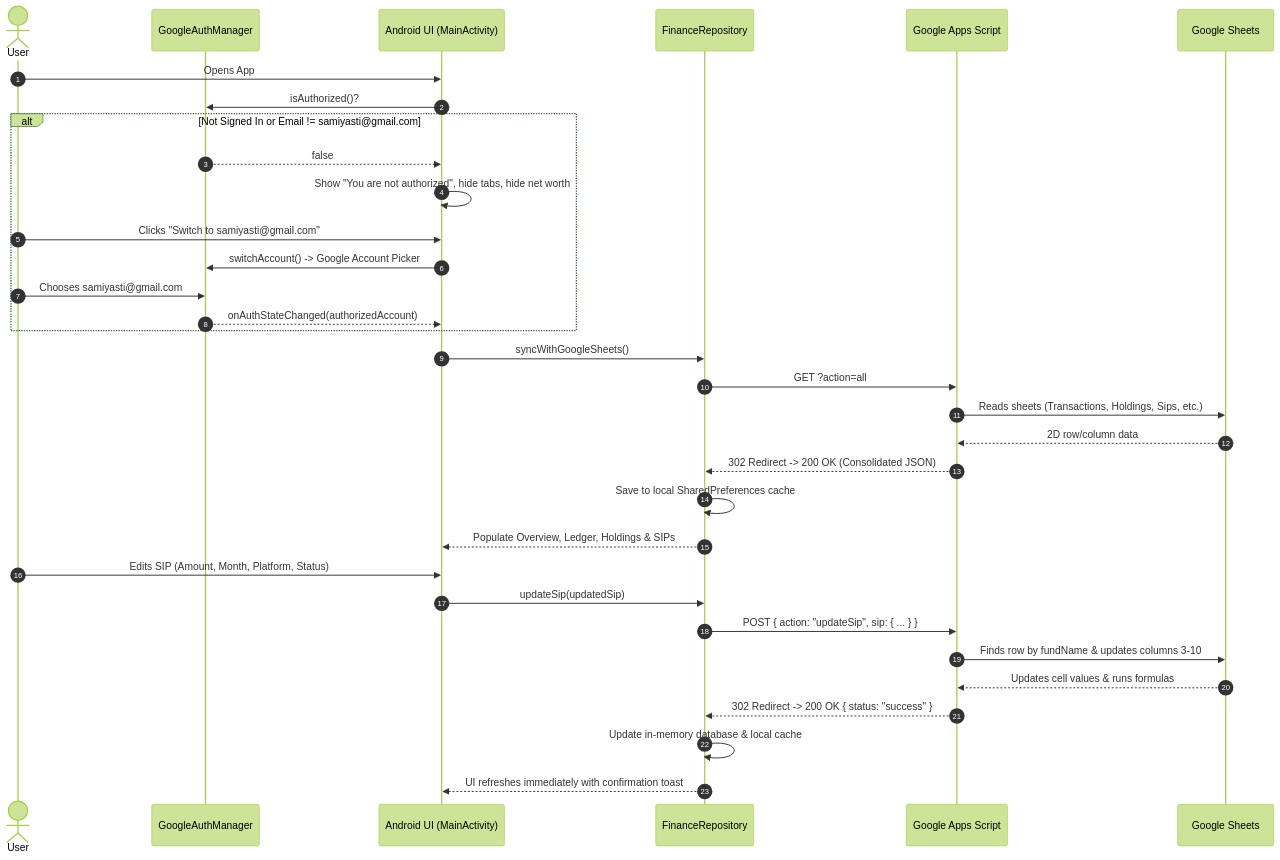
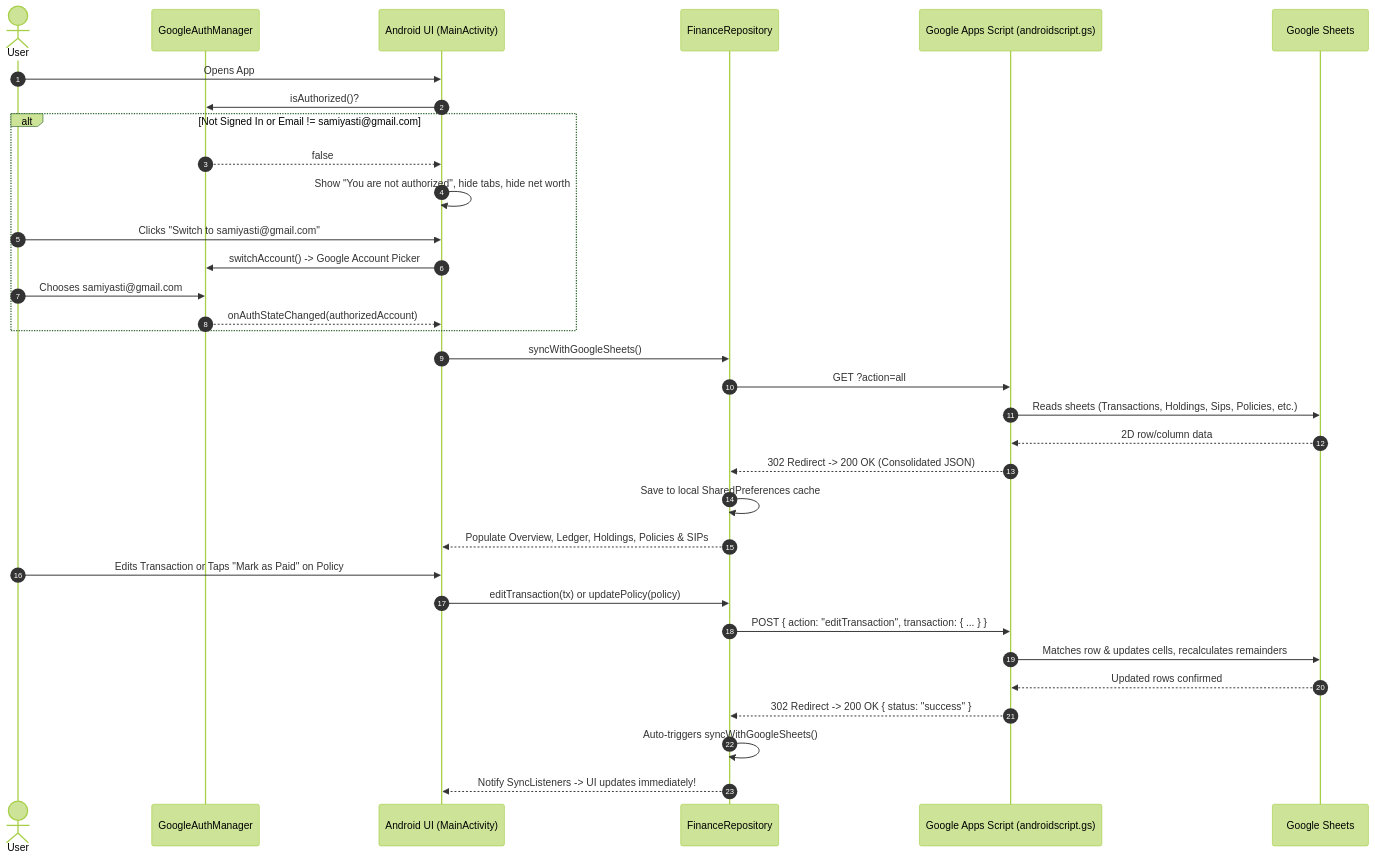
One commit to sayan05052000/Finance-Manager changed the second of 3 diagrams in README.md. Above: the diagram before and after it, drawn with Mermaid (forest theme). The commit also changed other lines of this file, not shown here.

````diff
--- a/README.md
+++ b/README.md
@@ -303,38 +365,38 @@
 ```mermaid
 sequenceDiagram
     autonumber
     actor User as User
     participant Auth as GoogleAuthManager
     participant App as Android UI (MainActivity)
     participant Repo as FinanceRepository
-    participant GAS as Google Apps Script
+    participant GAS as Google Apps Script (androidscript.gs)
     participant GSheet as Google Sheets
 
     User->>App: Opens App
     App->>Auth: isAuthorized()?
     alt Not Signed In or Email != samiyasti@gmail.com
         Auth-->>App: false
         App->>App: Show "You are not authorized", hide tabs, hide net worth
         User->>App: Clicks "Switch to samiyasti@gmail.com"
         App->>Auth: switchAccount() -> Google Account Picker
         User->>Auth: Chooses samiyasti@gmail.com
         Auth-->>App: onAuthStateChanged(authorizedAccount)
     end
 
     App->>Repo: syncWithGoogleSheets()
     Repo->>GAS: GET ?action=all
-    GAS->>GSheet: Reads sheets (Transactions, Holdings, Sips, etc.)
+    GAS->>GSheet: Reads sheets (Transactions, Holdings, Sips, Policies, etc.)
     GSheet-->>GAS: 2D row/column data
     GAS-->>Repo: 302 Redirect -> 200 OK (Consolidated JSON)
     Repo->>Repo: Save to local SharedPreferences cache
-    Repo-->>App: Populate Overview, Ledger, Holdings & SIPs
+    Repo-->>App: Populate Overview, Ledger, Holdings, Policies & SIPs
 
-    User->>App: Edits SIP (Amount, Month, Platform, Status)
-    App->>Repo: updateSip(updatedSip)
-    Repo->>GAS: POST { action: "updateSip", sip: { ... } }
-    GAS->>GSheet: Finds row by fundName & updates columns 3-10
-    GSheet-->>GAS: Updates cell values & runs formulas
+    User->>App: Edits Transaction or Taps "Mark as Paid" on Policy
+    App->>Repo: editTransaction(tx) or updatePolicy(policy)
+    Repo->>GAS: POST { action: "editTransaction", transaction: { ... } }
+    GAS->>GSheet: Matches row & updates cells, recalculates remainders
+    GSheet-->>GAS: Updated rows confirmed
     GAS-->>Repo: 302 Redirect -> 200 OK { status: "success" }
-    Repo->>Repo: Update in-memory database & local cache
-    Repo-->>App: UI refreshes immediately with confirmation toast
+    Repo->>Repo: Auto-triggers syncWithGoogleSheets()
+    Repo-->>App: Notify SyncListeners -> UI updates immediately!
 ```
````
